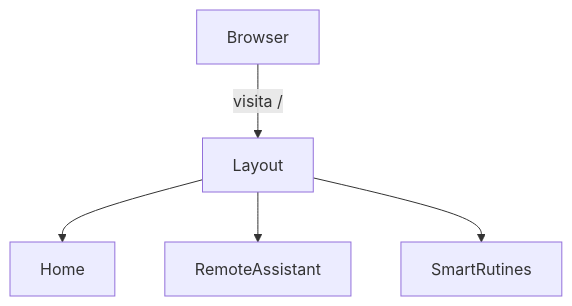
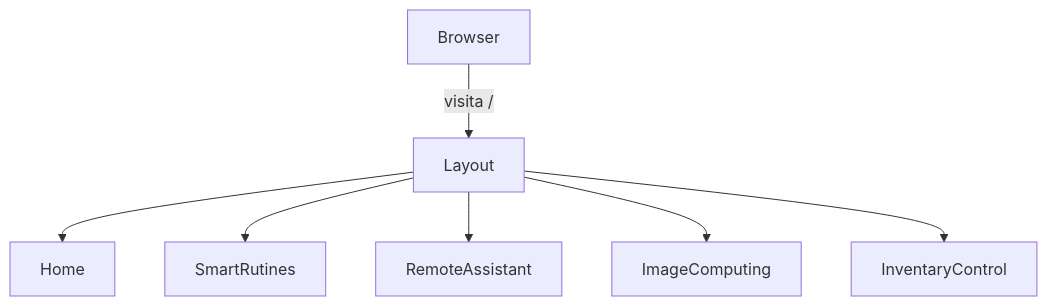
The diagram in docs/entrypoint-and-router.md (xvrcjs/sowtic-web-page), drawn with Mermaid before and after one commit. The commit also changed other lines of this file, not shown here.

````diff
--- a/docs/entrypoint-and-router.md
+++ b/docs/entrypoint-and-router.md
@@ -32,7 +34,9 @@
 ```mermaid
 graph TD
   Browser -->|visita /| Layout
   Layout --> Home
+  Layout --> SmartRutines
   Layout --> RemoteAssistant
-  Layout --> SmartRutines
+  Layout --> ImageComputing
+  Layout --> InventaryControl
 ```
````
